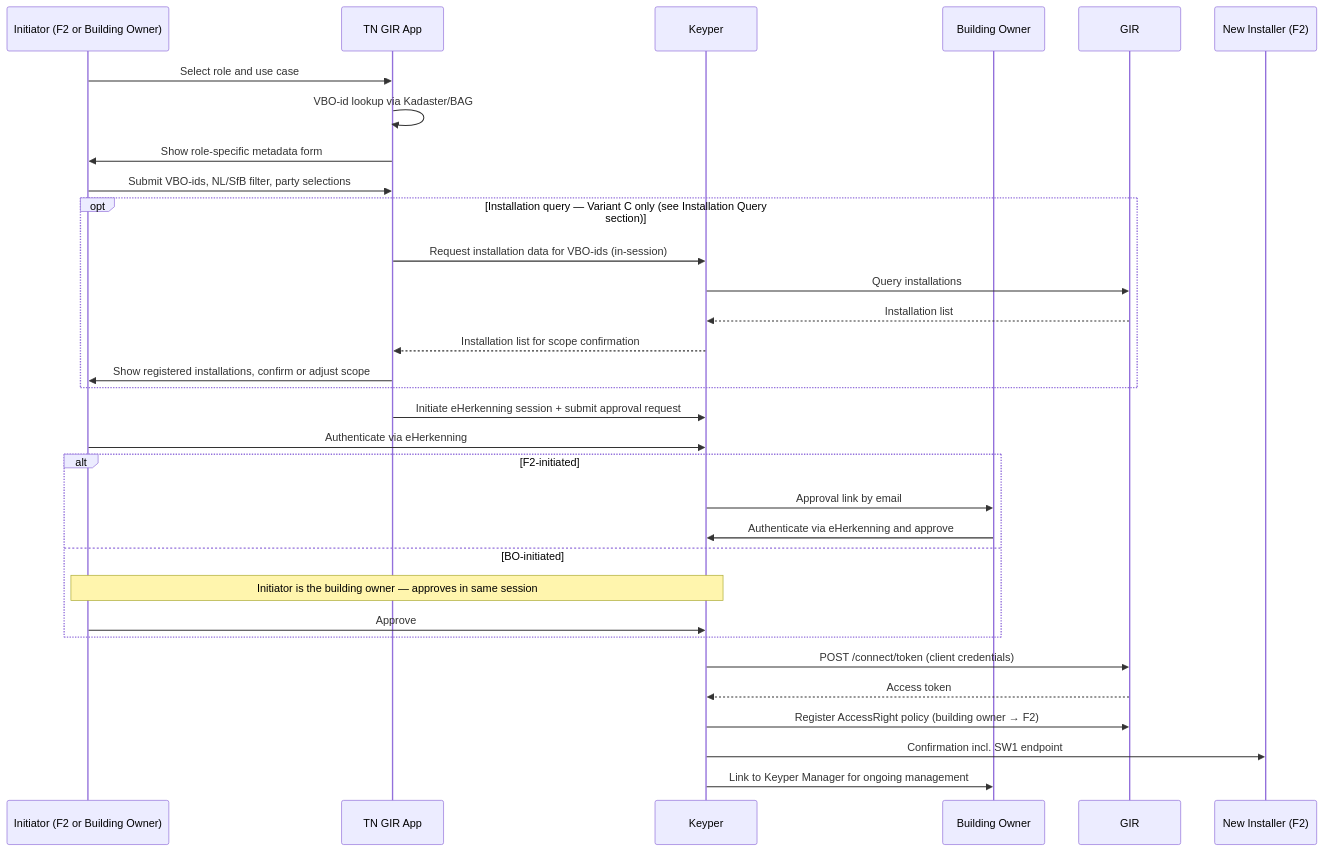
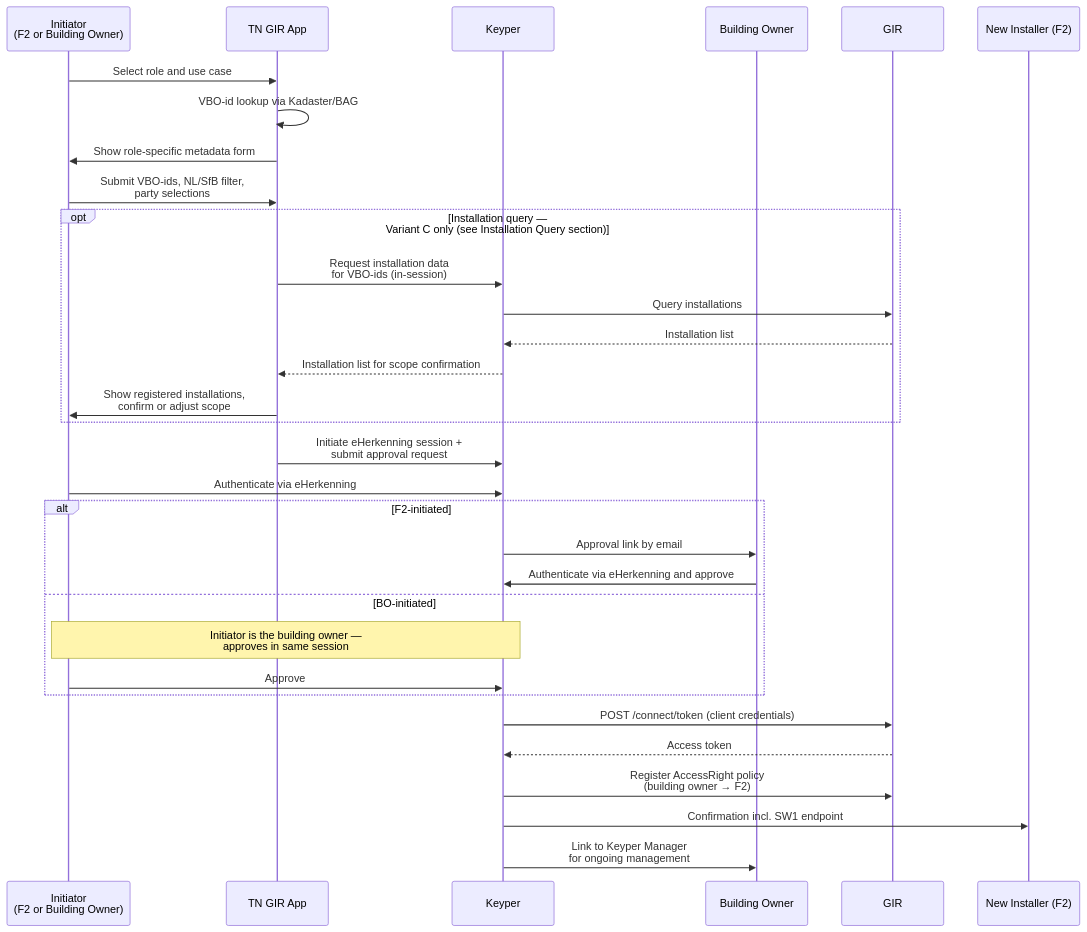
One commit to POORT8/Poort8.Docs changed the second of 4 diagrams in gir/digitaal-onderhoudsboekje-flow.md. Above: the diagram before and after it, drawn with Mermaid. The commit also changed other lines of this file, not shown here.

Commit message:
Deploy gir docs: 092679109b7b20e55ee814ef61155b97e952f66f

````diff
--- a/gir/digitaal-onderhoudsboekje-flow.md
+++ b/gir/digitaal-onderhoudsboekje-flow.md
@@ -109,39 +109,39 @@
 ```mermaid
 sequenceDiagram
-    participant Initiator as Initiator (F2 or Building Owner)
+    participant Initiator as Initiator<br/>(F2 or Building Owner)
     participant App as TN GIR App
     participant Keyper as Keyper
     participant Owner as Building Owner
     participant GIR as GIR
     participant F2 as New Installer (F2)
 
     Initiator->>App: Select role and use case
     App->>App: VBO-id lookup via Kadaster/BAG
     App->>Initiator: Show role-specific metadata form
-    Initiator->>App: Submit VBO-ids, NL/SfB filter, party selections
+    Initiator->>App: Submit VBO-ids, NL/SfB filter,<br/>party selections
 
-    opt Installation query — Variant C only (see Installation Query section)
-        App->>Keyper: Request installation data for VBO-ids (in-session)
+    opt Installation query —<br/>Variant C only (see Installation Query section)
+        App->>Keyper: Request installation data<br/>for VBO-ids (in-session)
         Keyper->>GIR: Query installations
         GIR-->>Keyper: Installation list
         Keyper-->>App: Installation list for scope confirmation
-        App->>Initiator: Show registered installations, confirm or adjust scope
+        App->>Initiator: Show registered installations,<br/>confirm or adjust scope
     end
 
-    App->>Keyper: Initiate eHerkenning session + submit approval request
+    App->>Keyper: Initiate eHerkenning session +<br/>submit approval request
     Initiator->>Keyper: Authenticate via eHerkenning
 
     alt F2-initiated
         Keyper->>Owner: Approval link by email
         Owner->>Keyper: Authenticate via eHerkenning and approve
     else BO-initiated
-        Note over Initiator,Keyper: Initiator is the building owner — approves in same session
+        Note over Initiator,Keyper: Initiator is the building owner —<br/>approves in same session
         Initiator->>Keyper: Approve
     end
 
     Keyper->>GIR: POST /connect/token (client credentials)
     GIR-->>Keyper: Access token
-    Keyper->>GIR: Register AccessRight policy (building owner → F2)
+    Keyper->>GIR: Register AccessRight policy<br/>(building owner → F2)
     Keyper->>F2: Confirmation incl. SW1 endpoint
-    Keyper->>Owner: Link to Keyper Manager for ongoing management
+    Keyper->>Owner: Link to Keyper Manager<br/>for ongoing management
 ```
````
